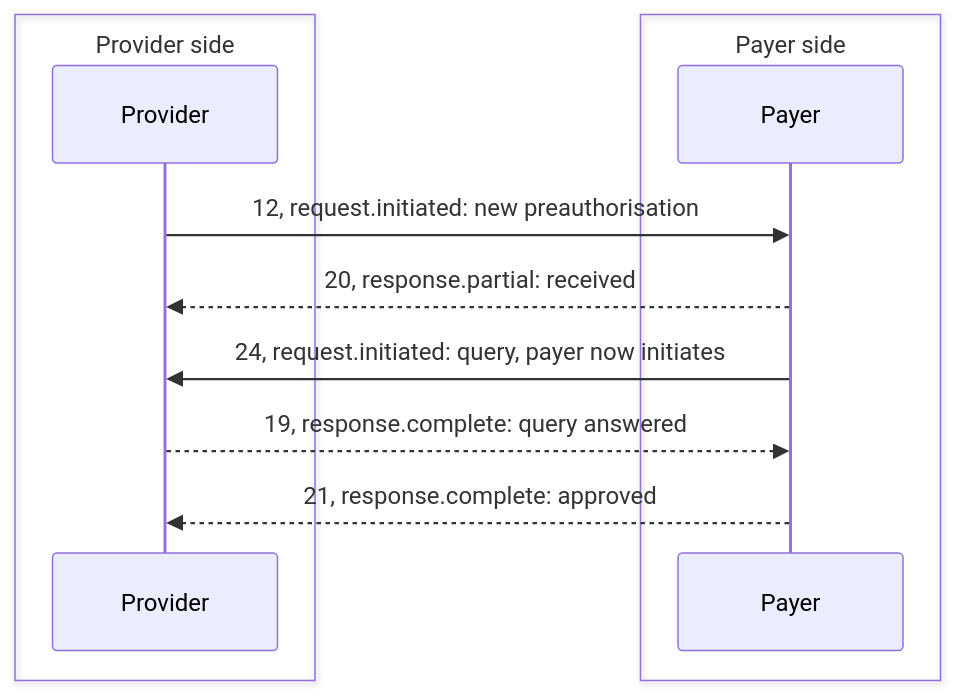
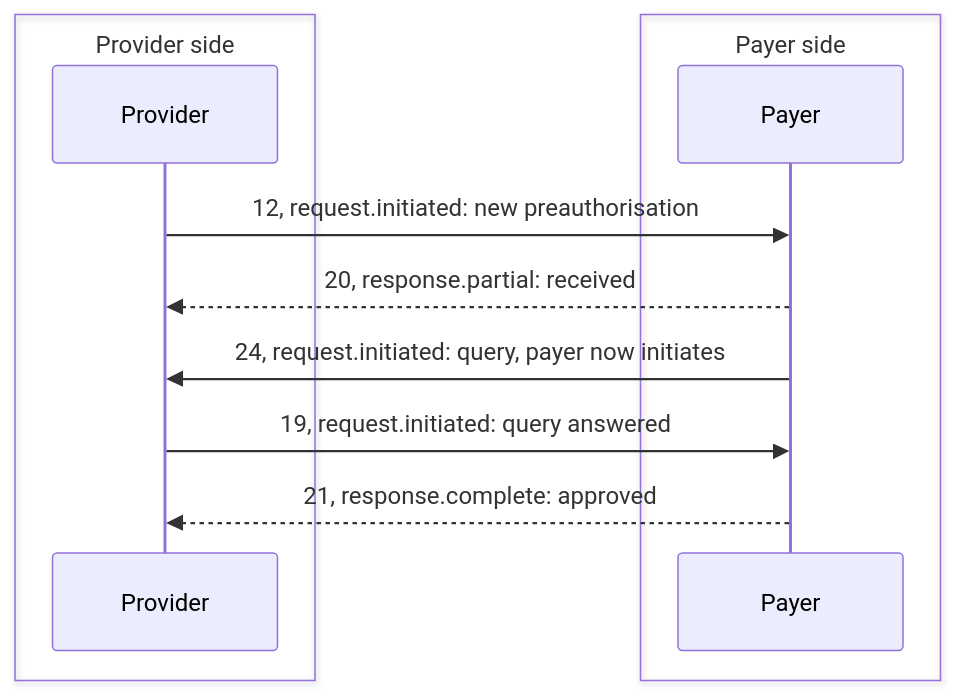
One commit to nha-in/nhcx-package changed the second of 2 diagrams in docs/01-Overview/04-JWE, Status and Errors.md. Above: the diagram before and after it, drawn with Mermaid. The commit also changed other lines of this file and 2377 other files, not shown here.

````diff
--- a/docs/01-Overview/04-JWE, Status and Errors.md
+++ b/docs/01-Overview/04-JWE, Status and Errors.md
@@ -93,14 +113,14 @@
 ```mermaid
 sequenceDiagram
   box Provider side
     participant P as Provider
   end
   box Payer side
     participant Y as Payer
   end
   P->>Y: 12, request.initiated: new preauthorisation
   Y-->>P: 20, response.partial: received
   Y->>P: 24, request.initiated: query, payer now initiates
-  P-->>Y: 19, response.complete: query answered
+  P->>Y: 19, request.initiated: query answered
   Y-->>P: 21, response.complete: approved
 ```
````
